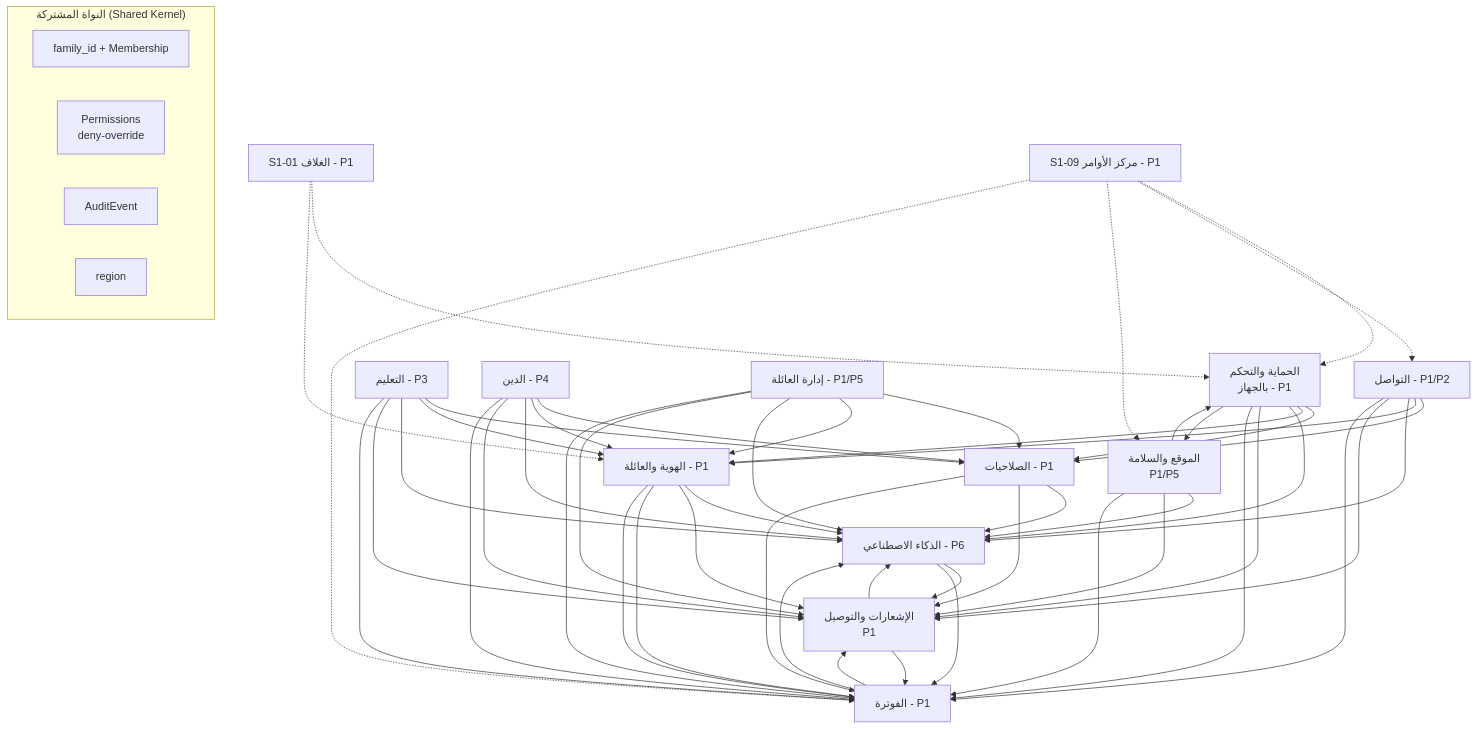
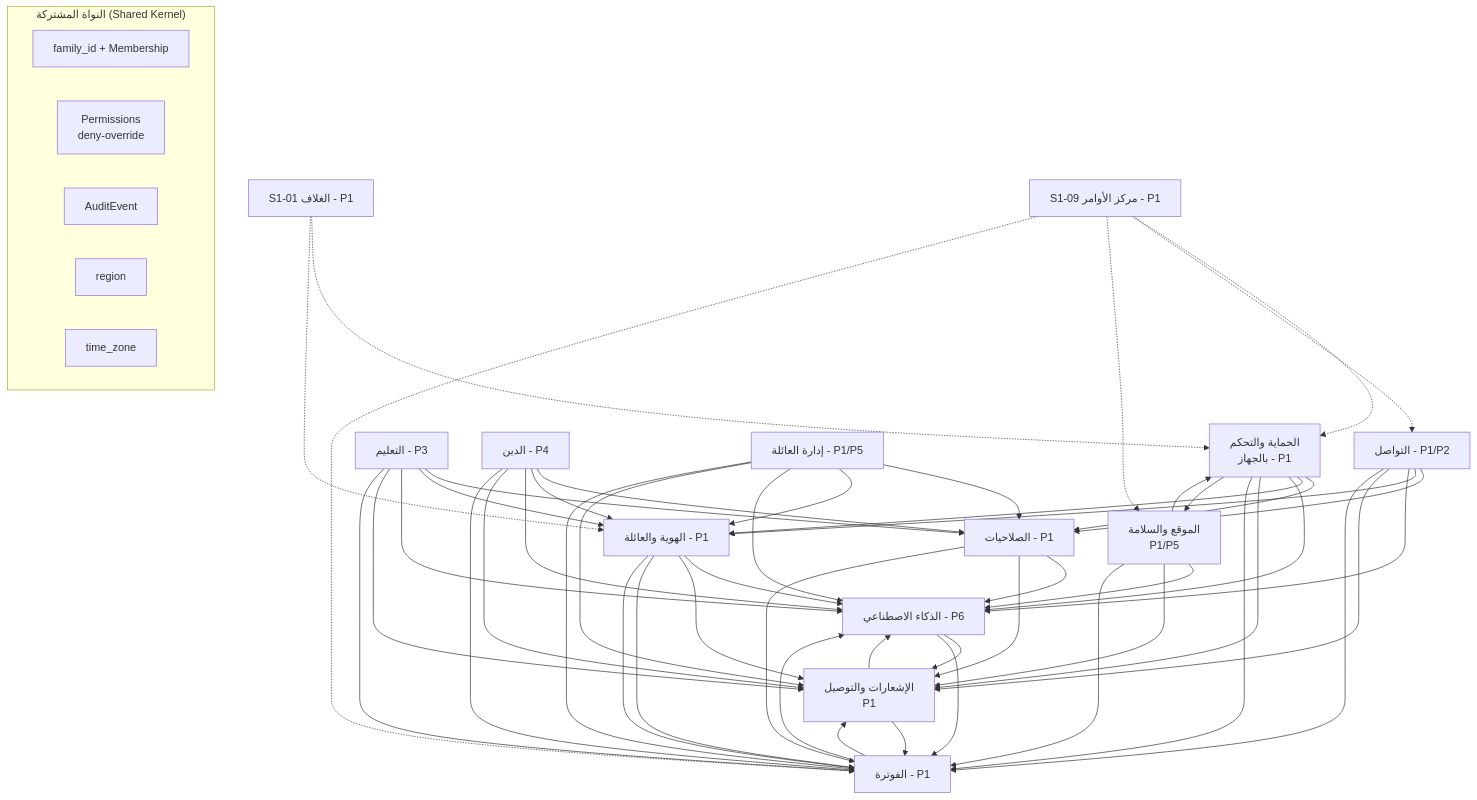
Before and after one commit to Bassam-mohammed-alqaeadi/family-os-v2: the diagram in docs/family-os/governance/architecture/CONTEXT-MAP.md, drawn with Mermaid. The commit also changed other lines of this file and 5 other files, not shown here.

````diff
--- a/docs/family-os/governance/architecture/CONTEXT-MAP.md
+++ b/docs/family-os/governance/architecture/CONTEXT-MAP.md
@@ -95,49 +98,50 @@
 ```mermaid
 graph TD
     subgraph Kernel["النواة المشتركة (Shared Kernel)"]
         F[family_id + Membership]
         P[Permissions<br/>deny-override]
         A[AuditEvent]
         R[region]
+        T[time_zone]
     end
     PROT[الحماية والتحكم<br/>بالجهاز - P1]
     LOC[الموقع والسلامة<br/>P1/P5]
     MSG[التواصل - P1/P2]
     EDU[التعليم - P3]
     REL[الدين - P4]
     COORD[إدارة العائلة - P1/P5]
     AI[الذكاء الاصطناعي - P6]
     BILL[الفوترة - P1]
     NOTIF[الإشعارات والتوصيل<br/>P1]
     ID[الهوية والعائلة - P1]
     PERM[الصلاحيات - P1]
     SHELL[S1-01 الغلاف - P1]
     HUB[S1-09 مركز الأوامر - P1]
     %% عناصر عابرة (§2-أ): الغلاف والمركز يعبران كل السياقات — بلا سياق خاص؛ والحواف المنقطة أمثلة لا حصر (لا تغطي كل السياقات)
     SHELL -.-> PROT
     SHELL -.-> ID
     HUB -.-> PROT
     HUB -.-> MSG
     HUB -.-> LOC
     HUB -.-> BILL
     %% علاقات §4 — عميل/مورّد: استعلام/قراءة
     PROT --> PERM
     PROT --> ID
     LOC --> PROT
     MSG --> PERM
     MSG --> ID
     EDU --> PERM
     REL --> PERM
     COORD --> PERM
     EDU --> ID
     REL --> ID
     COORD --> ID
     %% علاقات §4 — "كل المجالات": الطلب من الذكاء / الإرسال عبر الإشعارات / الاستعلام من الفوترة
     PROT & LOC & MSG & EDU & REL & COORD & BILL & NOTIF & ID & PERM --> AI
     PROT & LOC & MSG & EDU & REL & COORD & BILL & AI & ID & PERM --> NOTIF
     PROT & LOC & MSG & EDU & REL & COORD & AI & NOTIF & ID & PERM --> BILL
     %% علاقات §4 — أحداث المجال: الهوية تبلّغ الفوترة؛ الحماية تبلّغ الموقع
     ID --> BILL
     PROT --> LOC
     %% النواة المشتركة (§3): مفاهيم موحدة يستخدمها كل مجال كما هي — بلا أسهم علاقات في §4
 ```
````
